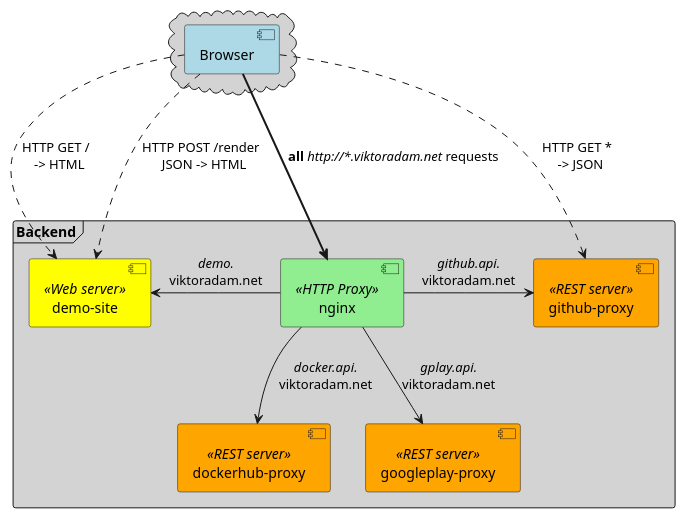
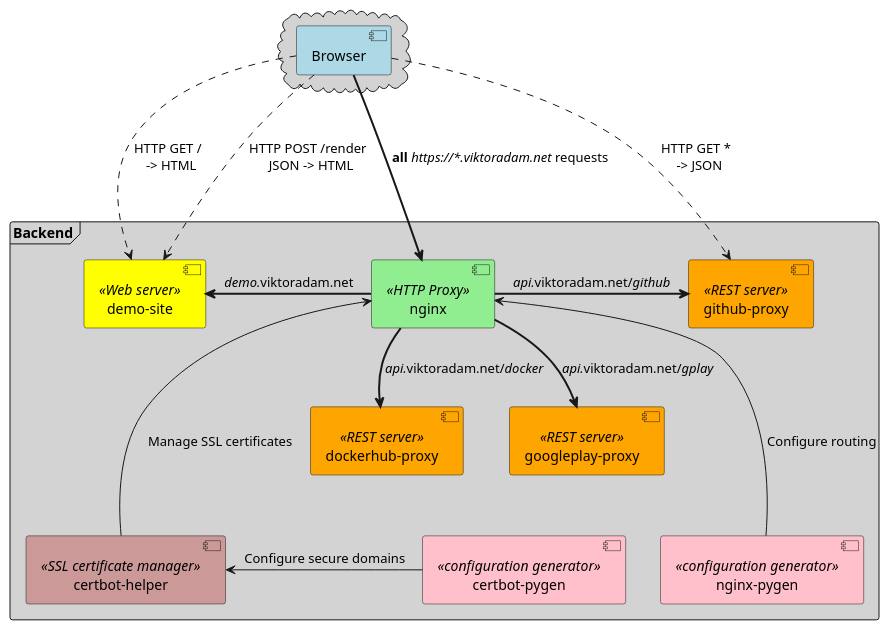
The diagram in src/assets/puml/overview.puml (rycus86/demo-site), drawn with PlantUML before and after one commit. The commit also changed 4 other files, not shown here.

```diff
--- a/src/assets/puml/overview.puml
+++ b/src/assets/puml/overview.puml
@@ -1,26 +1,34 @@
 @startuml
 
 cloud #LightGrey {
     [Browser] #LightBlue
 }
 
 frame Backend #LightGrey {
     [nginx] << HTTP Proxy >> #LightGreen
     [demo-site] << Web server >> #Yellow
     [github-proxy] << REST server >> #Orange
     [dockerhub-proxy] << REST server >> #Orange
     [googleplay-proxy] << REST server >> #Orange
+    
+    [nginx-pygen] << configuration generator >> #Pink
+    [certbot-pygen] << configuration generator >> #Pink
+    [certbot-helper] << SSL certificate manager >> #c99
 }
 
-[Browser] =d=> [nginx] : <b>all</b> <i>http://*.viktoradam.net</i> requests
+[Browser] =d=> [nginx] : <b>all</b> <i>https://*.viktoradam.net</i> requests
 
-[nginx] -l-> [demo-site] : <i>demo.</i>\nviktoradam.net
-[nginx] -r-> [github-proxy] : <i>github.api.</i>\nviktoradam.net
-[nginx] -d-> [dockerhub-proxy] : <i>docker.api.</i>\nviktoradam.net
-[nginx] -d-> [googleplay-proxy] : <i>gplay.api.</i>\nviktoradam.net
+[nginx] =l=> [demo-site] : <i>demo.</i>viktoradam.net
+[nginx] =r=> [github-proxy] : <i>api.</i>viktoradam.net/<i>github</i>
+[nginx] =d=> [dockerhub-proxy] : <i>api.</i>viktoradam.net/<i>docker</i>
+[nginx] =d=> [googleplay-proxy] : <i>api.</i>viktoradam.net/<i>gplay</i>
+
+[nginx-pygen] --u-> [nginx] : Configure routing
+[certbot-helper] --u-> [nginx] : Manage SSL certificates
+[certbot-pygen] -l-> [certbot-helper] : Configure secure domains
 
 [Browser] ..d.> [demo-site] : HTTP GET / \n -> HTML
 [Browser] ..d.> [demo-site] : HTTP POST /render \n JSON -> HTML
 [Browser] ..d.> [github-proxy] : HTTP GET * \n -> JSON
 
 @enduml
```
